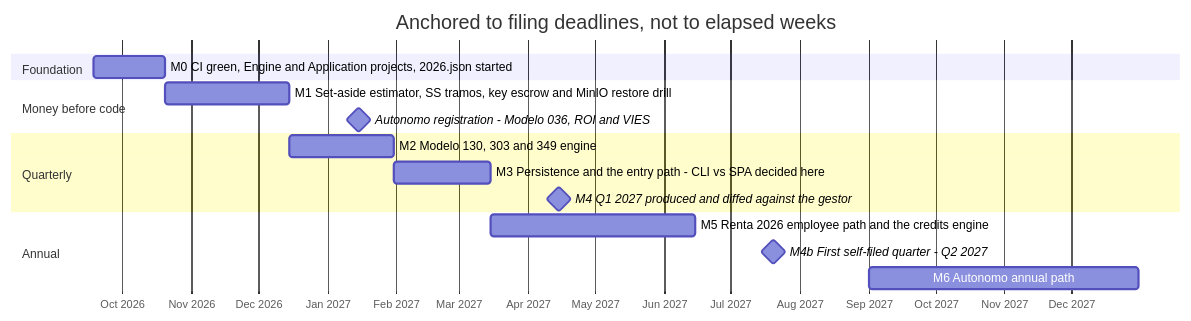
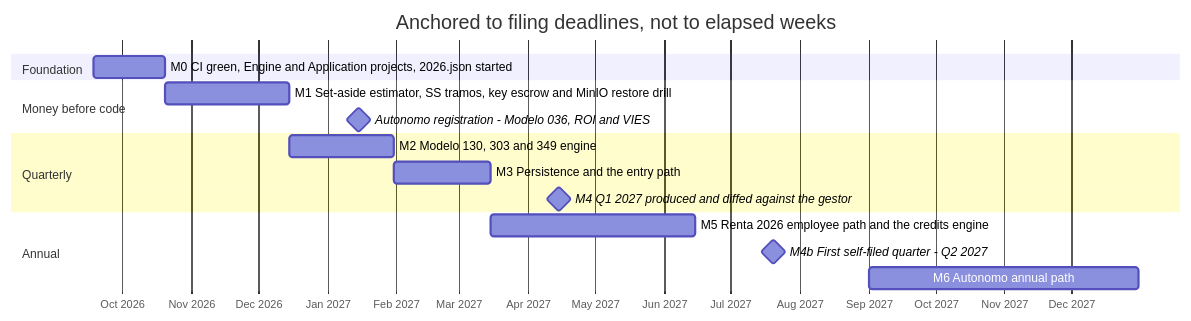
The diagram in plans/DEVELOPMENT_PLAN.md (mykola-blonskyi/gestoria), drawn with Mermaid before and after one commit. The commit also changed other lines of this file and 100 other files, not shown here.

````diff
--- a/plans/DEVELOPMENT_PLAN.md
+++ b/plans/DEVELOPMENT_PLAN.md
@@ -177,20 +177,20 @@
 ```mermaid
 gantt
   title Anchored to filing deadlines, not to elapsed weeks
   dateFormat YYYY-MM-DD
   axisFormat %b %Y
 
   section Foundation
   M0 CI green, Engine and Application projects, 2026.json started :m0, 2026-09-18, 2026-10-20
   section Money before code
   M1 Set-aside estimator, SS tramos, key escrow and MinIO restore drill :m1, 2026-10-20, 2026-12-15
   Autonomo registration - Modelo 036, ROI and VIES :milestone, 2027-01-15, 0d
   section Quarterly
   M2 Modelo 130, 303 and 349 engine :m2, 2026-12-15, 2027-01-31
-  M3 Persistence and the entry path - CLI vs SPA decided here :m3, 2027-01-31, 2027-03-15
+  M3 Persistence and the entry path :m3, 2027-01-31, 2027-03-15
   M4 Q1 2027 produced and diffed against the gestor :milestone, 2027-04-15, 0d
   section Annual
   M5 Renta 2026 employee path and the credits engine :m5, 2027-03-15, 2027-06-15
   M4b First self-filed quarter - Q2 2027 :milestone, 2027-07-20, 0d
   M6 Autonomo annual path :m6, 2027-09-01, 2027-12-31
 ```
````
